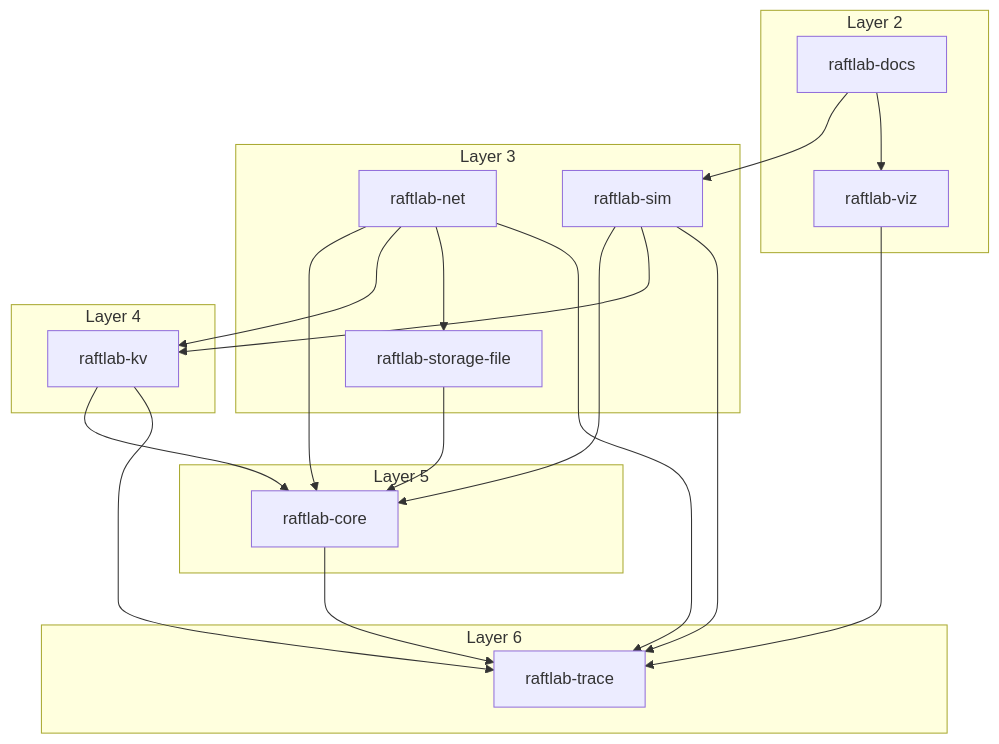
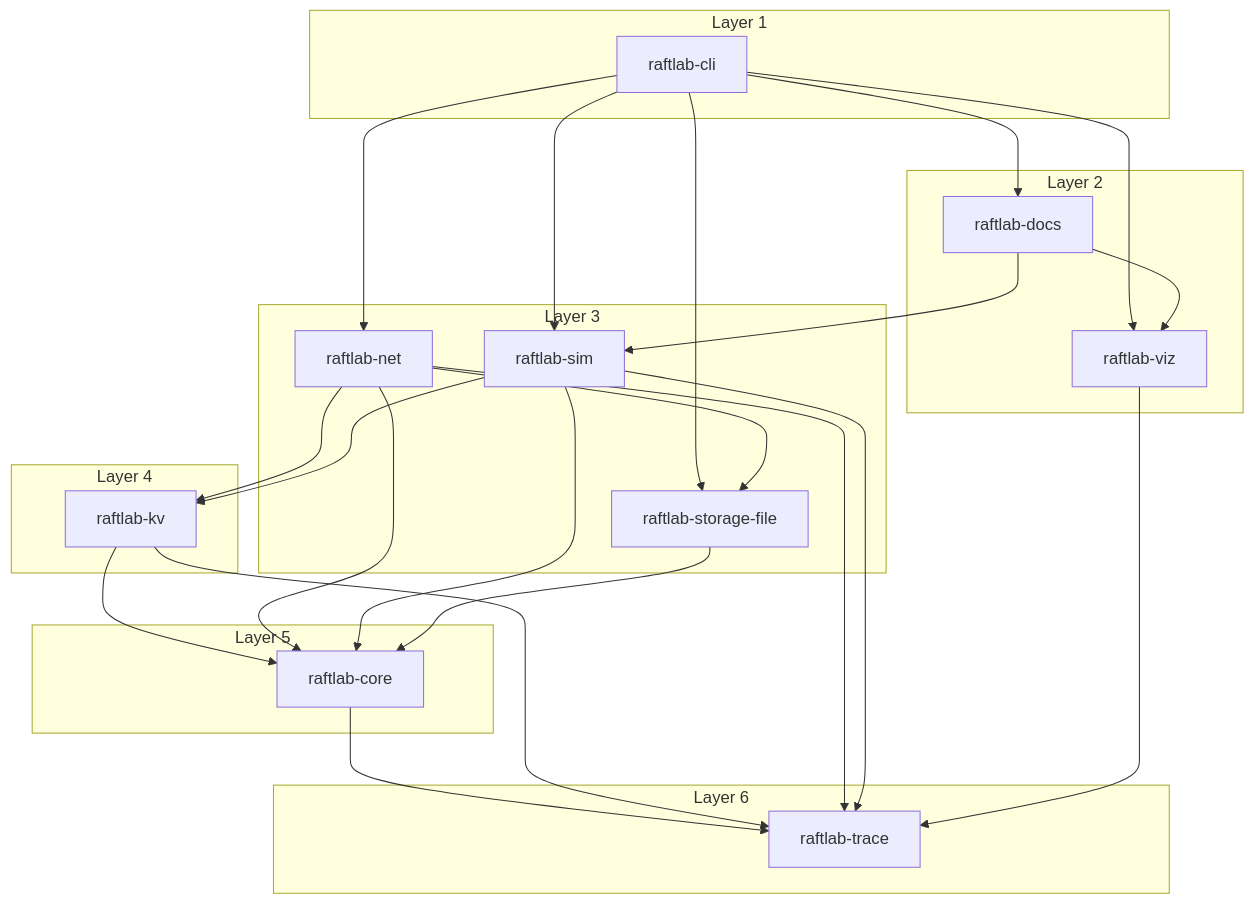
The diagram in docs/generated/modules.md (ok0/raftlab), drawn with Mermaid before and after one commit. The commit also changed 30 other files, not shown here.

Commit message:
feat(cli): add raftlab command-line interface and cluster smoke script

````diff
--- a/docs/generated/modules.md
+++ b/docs/generated/modules.md
@@ -6,35 +6,43 @@
 ```mermaid
 flowchart TB
-    subgraph g0["Layer 2"]
-        n0["raftlab-docs"]
-        n1["raftlab-viz"]
+    subgraph g0["Layer 1"]
+        n0["raftlab-cli"]
     end
-    subgraph g1["Layer 3"]
-        n2["raftlab-net"]
-        n3["raftlab-sim"]
-        n4["raftlab-storage-file"]
+    subgraph g1["Layer 2"]
+        n1["raftlab-docs"]
+        n2["raftlab-viz"]
     end
-    subgraph g2["Layer 4"]
-        n5["raftlab-kv"]
+    subgraph g2["Layer 3"]
+        n3["raftlab-net"]
+        n4["raftlab-sim"]
+        n5["raftlab-storage-file"]
     end
-    subgraph g3["Layer 5"]
-        n6["raftlab-core"]
+    subgraph g3["Layer 4"]
+        n6["raftlab-kv"]
     end
-    subgraph g4["Layer 6"]
-        n7["raftlab-trace"]
+    subgraph g4["Layer 5"]
+        n7["raftlab-core"]
     end
+    subgraph g5["Layer 6"]
+        n8["raftlab-trace"]
+    end
+    n0 --> n1
+    n0 --> n3
+    n0 --> n4
+    n0 --> n5
+    n0 --> n2
+    n7 --> n8
+    n1 --> n4
+    n1 --> n2
     n6 --> n7
-    n0 --> n3
-    n0 --> n1
-    n5 --> n6
-    n5 --> n7
-    n2 --> n6
-    n2 --> n5
-    n2 --> n4
-    n2 --> n7
+    n6 --> n8
+    n3 --> n7
     n3 --> n6
     n3 --> n5
-    n3 --> n7
+    n3 --> n8
+    n4 --> n7
     n4 --> n6
-    n1 --> n7
+    n4 --> n8
+    n5 --> n7
+    n2 --> n8
 ```
````
